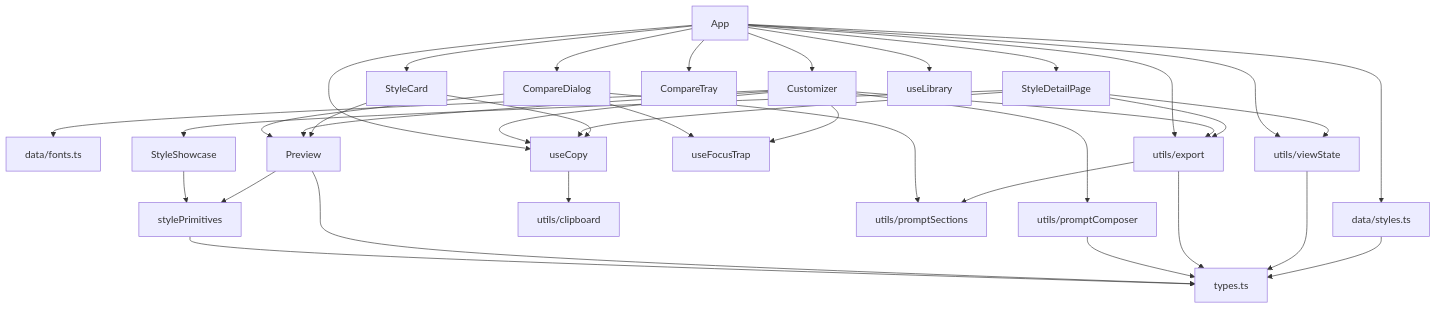
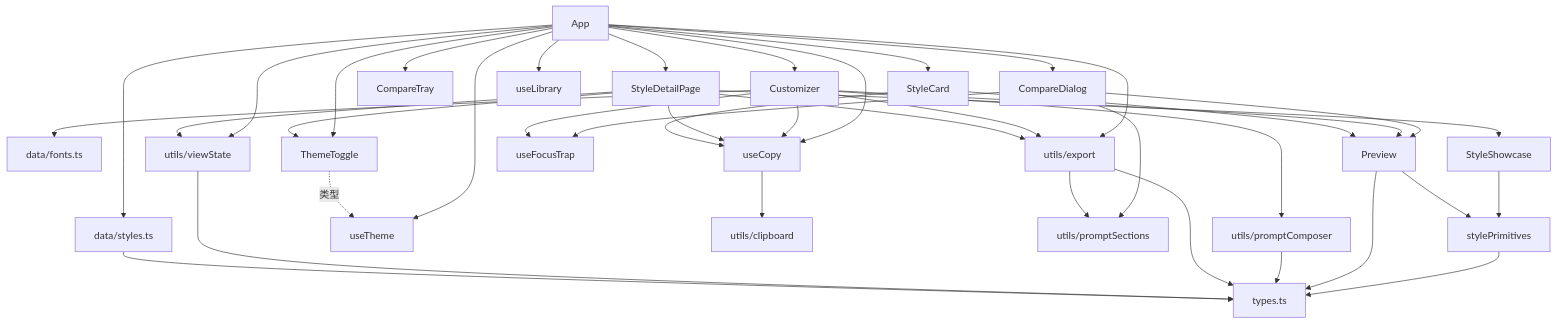
One commit to guhl0427/frontend-design changed the diagram in docs/code-wiki/05-依赖关系.md. Above: the diagram before and after it, drawn with Mermaid. The commit also changed other lines of this file and 16 other files, not shown here.

````diff
--- a/docs/code-wiki/05-依赖关系.md
+++ b/docs/code-wiki/05-依赖关系.md
@@ -71,59 +73,65 @@
 ```mermaid
 graph TD
   types[types.ts]
   dataS[data/styles.ts]
   dataF[data/fonts.ts]
   prim[stylePrimitives]
   Preview
   Showcase[StyleShowcase]
   StyleCard
   Detail[StyleDetailPage]
   Customizer
   CompareTray
   CompareDialog
+  ThemeToggle
   useCopy
   useFocusTrap
   useLibrary
+  useTheme
   clipboard[utils/clipboard]
   viewState[utils/viewState]
   sections[utils/promptSections]
   exportU[utils/export]
   composer[utils/promptComposer]
   App
 
   dataS --> types
   viewState --> types
   exportU --> types
   exportU --> sections
   composer --> types
   Preview --> types
   Preview --> prim
   Showcase --> prim
   prim --> types
   StyleCard --> Preview
   StyleCard --> useCopy
   Detail --> Showcase
   Detail --> useCopy
   Detail --> exportU
   Detail --> viewState
   Customizer --> Preview
   Customizer --> useCopy
   Customizer --> useFocusTrap
   Customizer --> composer
   Customizer --> exportU
   Customizer --> dataF
   CompareDialog --> Preview
   CompareDialog --> useFocusTrap
   CompareDialog --> sections
+  Detail --> ThemeToggle
+  ThemeToggle -.类型.-> useTheme
   useCopy --> clipboard
   App --> dataS
   App --> StyleCard
   App --> Detail
   App --> Customizer
   App --> CompareTray
   App --> CompareDialog
   App --> useCopy
   App --> useLibrary
+  App --> useTheme
+  App --> ThemeToggle
   App --> exportU
   App --> viewState
 ```
````
